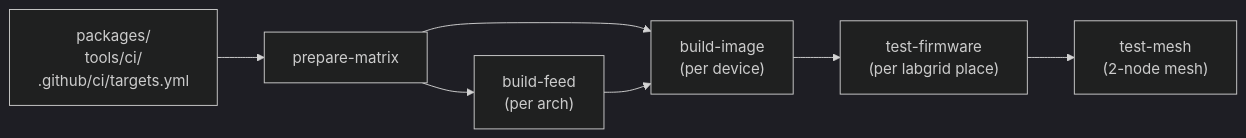
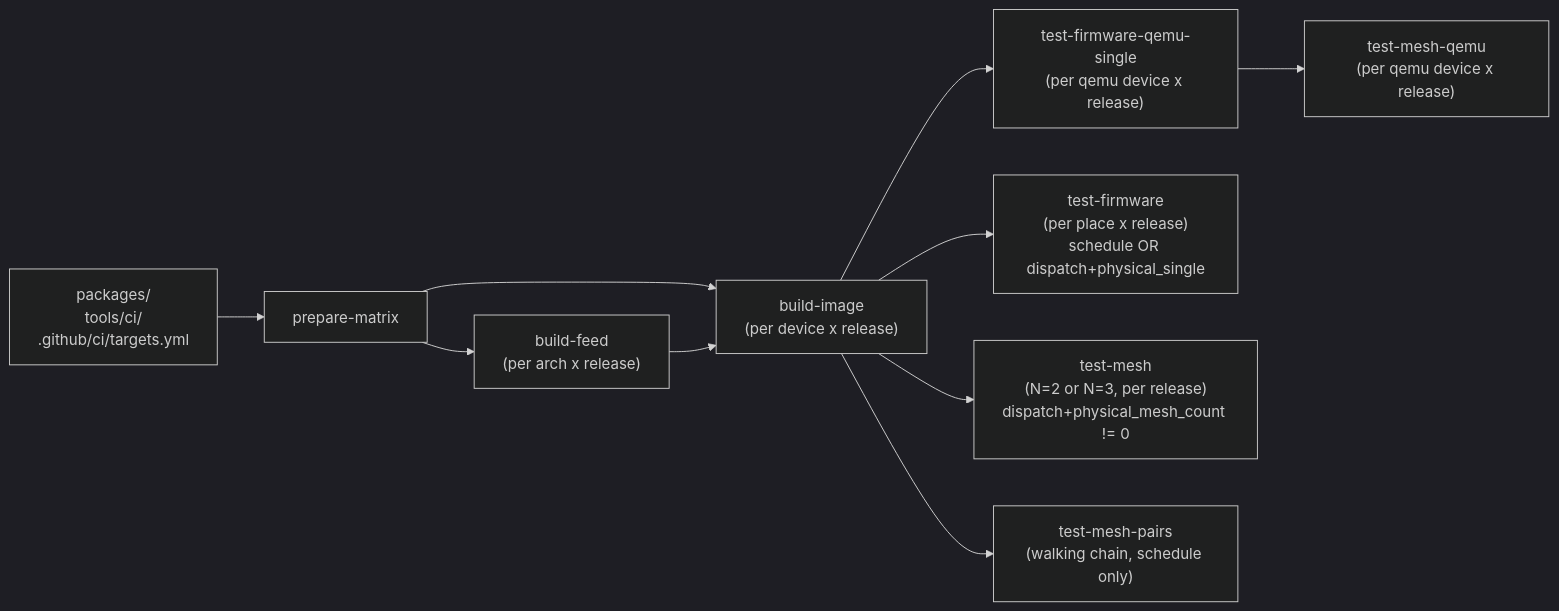
One commit to libremesh/lime-packages changed the first of 4 diagrams in docs/ci/firmware-build.md. Above: the diagram before and after it, drawn with Mermaid (dark theme). The commit also changed other lines of this file and 2 other files, not shown here.

Commit message:
ci: unify lime-packages as the single CI orchestrator

````diff
--- a/docs/ci/firmware-build.md
+++ b/docs/ci/firmware-build.md
@@ -9,16 +25,22 @@
 ```mermaid
 flowchart LR
   src["packages/<br/>tools/ci/<br/>.github/ci/targets.yml"]
   matrix[prepare-matrix]
-  feed["build-feed<br/>(per arch)"]
-  image["build-image<br/>(per device)"]
-  hwTest["test-firmware<br/>(per labgrid place)"]
-  meshTest["test-mesh<br/>(2-node mesh)"]
+  feed["build-feed<br/>(per arch x release)"]
+  image["build-image<br/>(per device x release)"]
+  qSingle["test-firmware-qemu-single<br/>(per qemu device x release)"]
+  qMesh["test-mesh-qemu<br/>(per qemu device x release)"]
+  hwTest["test-firmware<br/>(per place x release)<br/>schedule OR dispatch+physical_single"]
+  meshTest["test-mesh<br/>(N=2 or N=3, per release)<br/>dispatch+physical_mesh_count != 0"]
+  pairs["test-mesh-pairs<br/>(walking chain, schedule only)"]
 
   src --> matrix
   matrix --> feed
   matrix --> image
   feed --> image
+  image --> qSingle
+  qSingle --> qMesh
   image --> hwTest
-  hwTest --> meshTest
+  image --> meshTest
+  image --> pairs
 ```
````
